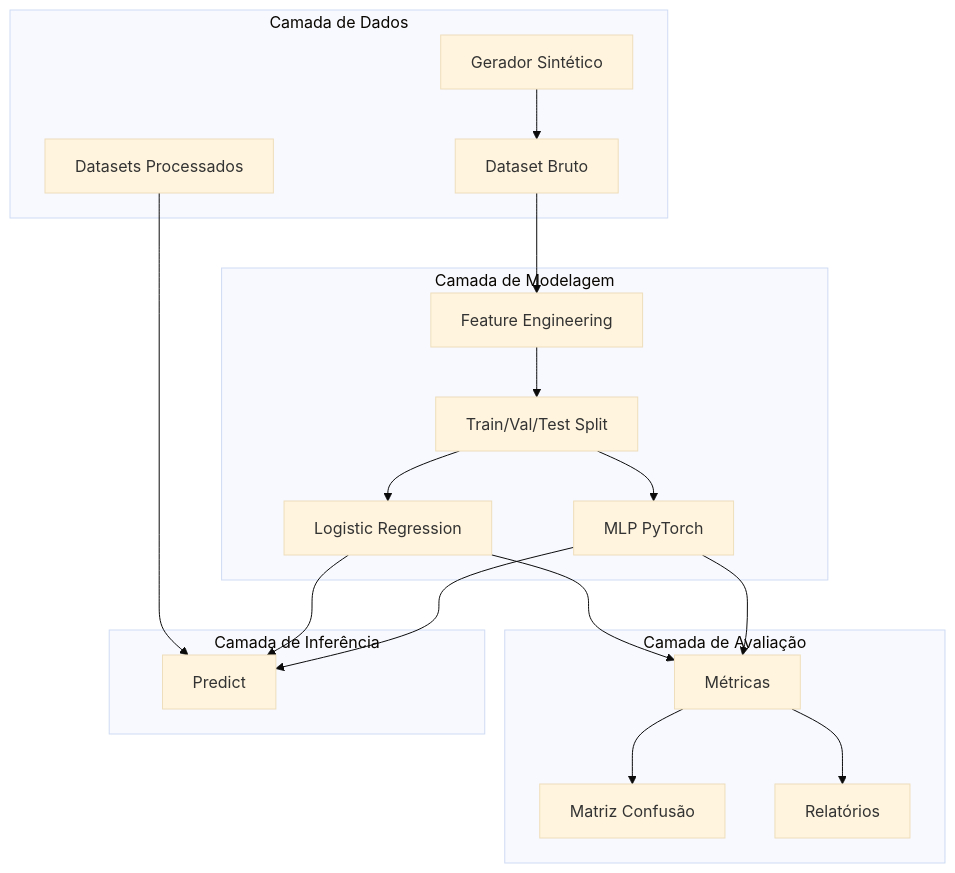
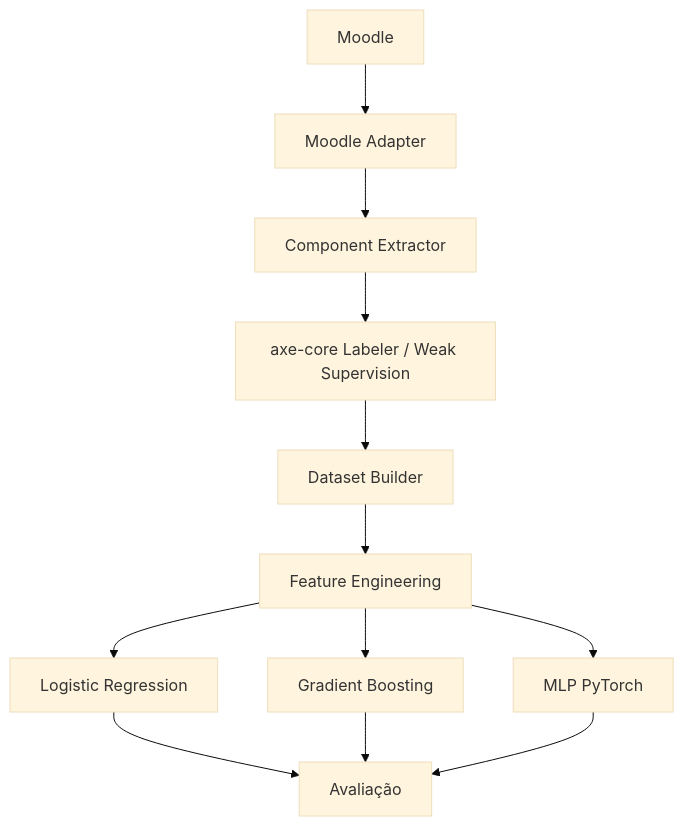
The diagram in docs/arquitetura.md (unicsoftware/accessibility-dl-moodle), drawn with Mermaid (base theme) before and after one commit. The commit also changed other lines of this file and 39 other files, not shown here.

````diff
--- a/docs/arquitetura.md
+++ b/docs/arquitetura.md
@@ -9,38 +9,14 @@
 ```mermaid
 graph TB
-    subgraph "Camada de Dados"
-        GEN[Gerador Sintético]
-        RAW[Dataset Bruto]
-        PROC[Datasets Processados]
-    end
-
-    subgraph "Camada de Modelagem"
-        FE[Feature Engineering]
-        SPLIT[Train/Val/Test Split]
-        LR[Logistic Regression]
-        MLP[MLP PyTorch]
-    end
-
-    subgraph "Camada de Avaliação"
-        MET[Métricas]
-        CM[Matriz Confusão]
-        RPT[Relatórios]
-    end
-
-    subgraph "Camada de Inferência"
-        PRED[Predict]
-    end
-
-    GEN --> RAW
-    RAW --> FE
-    FE --> SPLIT
-    SPLIT --> LR
-    SPLIT --> MLP
-    LR --> MET
-    MLP --> MET
-    MET --> CM
-    MET --> RPT
-    PROC --> PRED
-    LR --> PRED
-    MLP --> PRED
+    M[Moodle] --> MA[Moodle Adapter]
+    MA --> CE[Component Extractor]
+    CE --> AL[axe-core Labeler / Weak Supervision]
+    AL --> DB[Dataset Builder]
+    DB --> FE[Feature Engineering]
+    FE --> LR[Logistic Regression]
+    FE --> GB[Gradient Boosting]
+    FE --> MLP[MLP PyTorch]
+    LR --> EV[Avaliação]
+    GB --> EV[Avaliação]
+    MLP --> EV[Avaliação]
 ```
````
